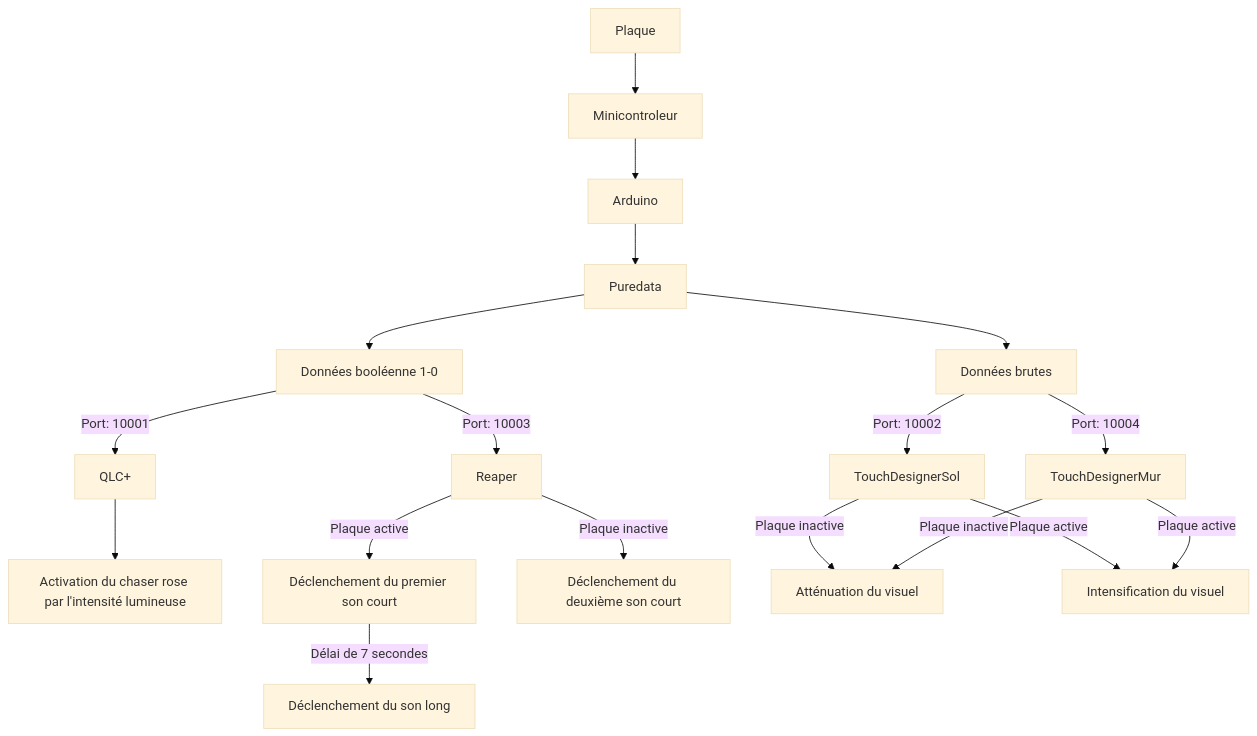
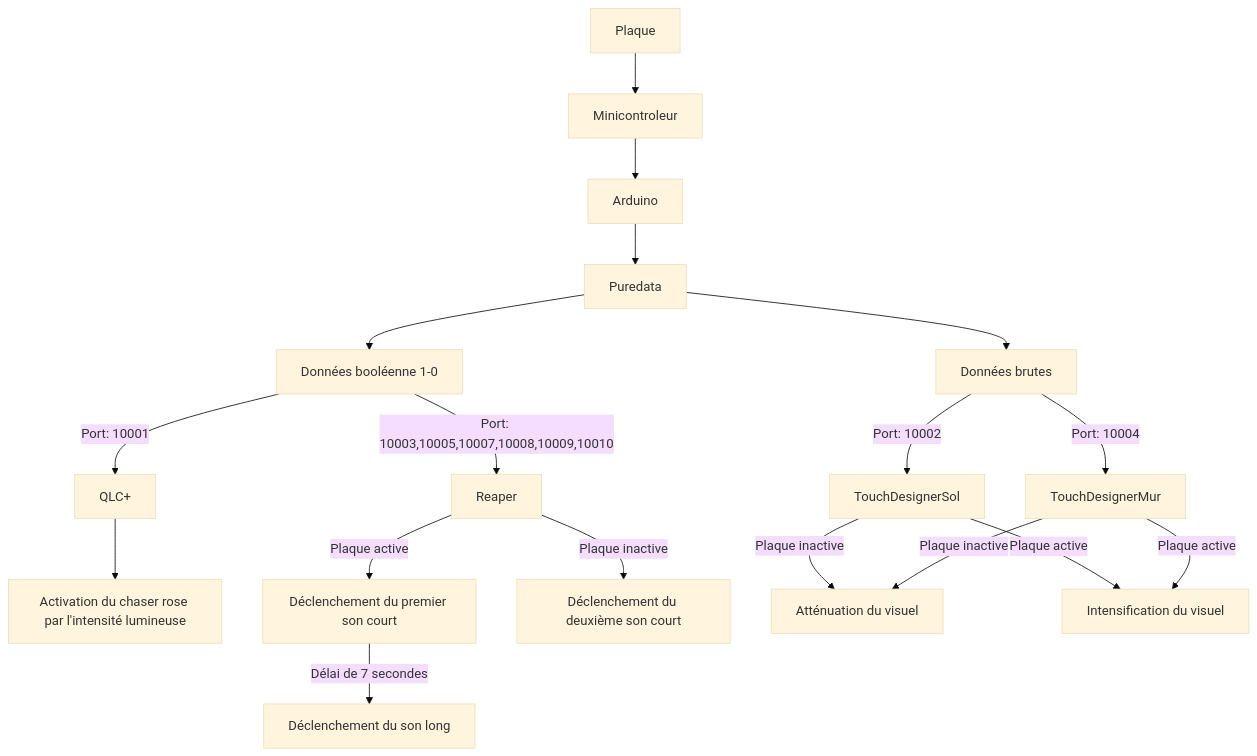
The first of 7 diagrams in 50_diffusion/README.md (Miaou-Mafia/projet-luminatura), drawn with Mermaid (base theme) before and after one commit. The commit also changed other lines of this file and 3 other files, not shown here.

````diff
--- a/50_diffusion/README.md
+++ b/50_diffusion/README.md
@@ -45,20 +45,20 @@
 ```mermaid
 graph TD;
     Plaque-->Minicontroleur;
     Minicontroleur-->Arduino;
     Arduino-->Puredata;
     Puredata-->DonneeBrute[Données brutes];
     Puredata-->Donne1-0[Données booléenne 1-0];
     DonneeBrute-->| Port: 10002 |TouchDesignerSol;
     DonneeBrute-->| Port: 10004 |TouchDesignerMur;
     Donne1-0-->| Port: 10001 |QLC+;
-    Donne1-0-->| Port: 10003 |Reaper;
+    Donne1-0-->| Port: 10003,10005,10007,10008,10009,10010 |Reaper;
     QLC+-->ActivationChaser[Activation du chaser rose par l'intensité lumineuse];
     Reaper-->| Plaque active |DéclenchementSonCourt1[Déclenchement du premier son court];
     DéclenchementSonCourt1-->| Délai de 7 secondes |DéclenchementSonLong[Déclenchement du son long]
     Reaper-->| Plaque inactive |DéclenchementSonCourt2[Déclenchement du deuxième son court];
     TouchDesignerSol-->| Plaque inactive |AtténuationVisuel[Atténuation du visuel];
     TouchDesignerSol-->| Plaque active |IntensificationVisuel[Intensification du visuel];
     TouchDesignerMur-->| Plaque inactive |AtténuationVisuel[Atténuation du visuel];
     TouchDesignerMur-->| Plaque active |IntensificationVisuel[Intensification du visuel];
 ```
````
